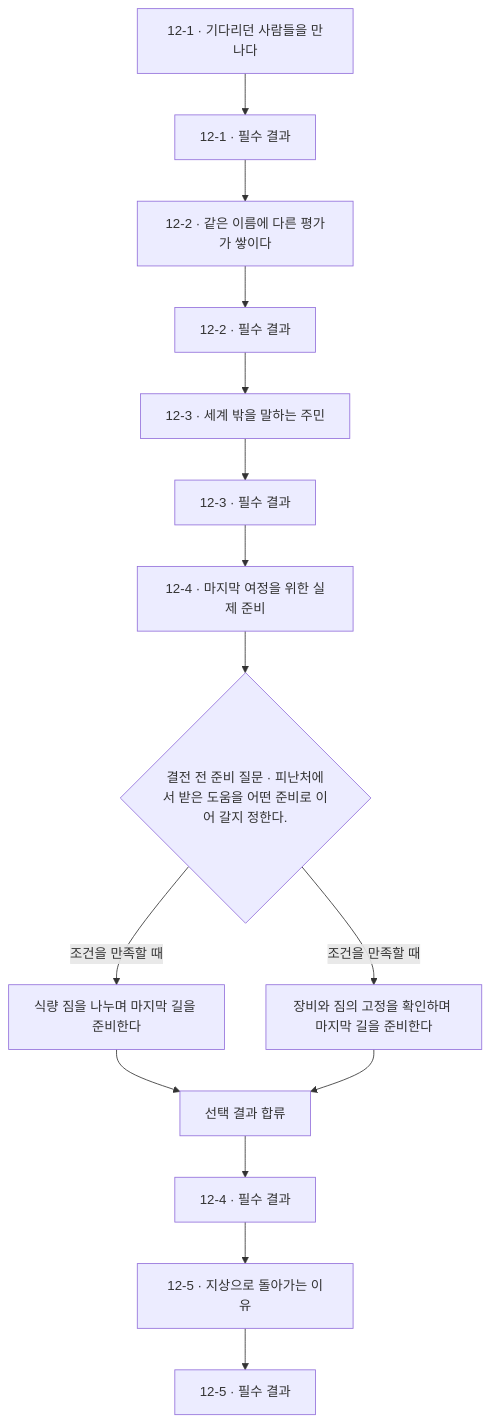
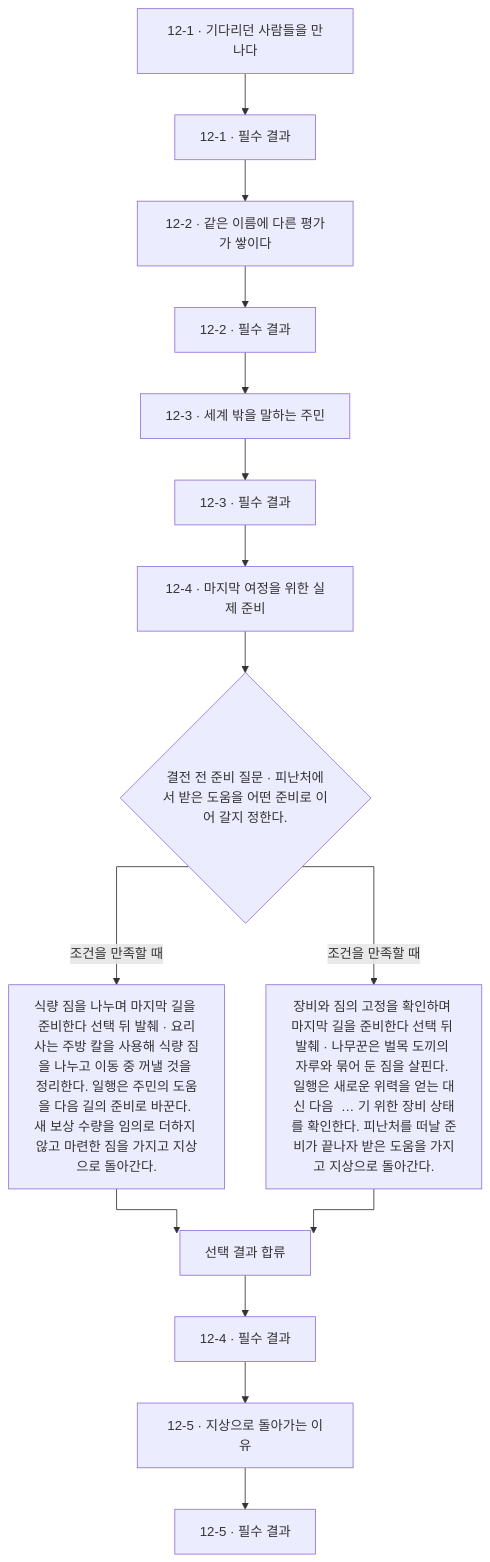
One commit to obmaz/lore changed diagram 14 of 17 in novel/writing/publication/generated/flow.md. Above: the diagram before and after it, drawn with Mermaid. The commit also changed other lines of this file and 20 other files, not shown here.

Commit message:
Show branch outcomes and route graph memory links orthogonally

````diff
--- a/novel/writing/publication/generated/flow.md
+++ b/novel/writing/publication/generated/flow.md
@@ -633,31 +646,32 @@
 ```mermaid
+%%{init: {"flowchart": {"curve": "stepAfter"}}}%%
 flowchart TB
   n7510db77e98e240a["12-1 · 기다리던 사람들을 만나다"]
   n4081f40d2508330f["12-1 · 필수 결과"]
   nee1187108c39bd2c["12-2 · 같은 이름에 다른 평가가 쌓이다"]
   n5ba8051b8a61c0d1["12-2 · 필수 결과"]
   n51cd0a6dc7984f5c["12-3 · 세계 밖을 말하는 주민"]
   n076385c79751f718["12-3 · 필수 결과"]
   n5d2dc2f720d2b6fd["12-4 · 마지막 여정을 위한 실제 준비"]
   n1d7252fff0322319{"결전 전 준비 질문 · 피난처에서 받은 도움을 어떤 준비로 이어 갈지 정한다."}
   ned11be260e50268a["선택 결과 합류"]
-  nadb8d58f44973f43["식량 짐을 나누며 마지막 길을 준비한다"]
-  n469315c81ecd6331["장비와 짐의 고정을 확인하며 마지막 길을 준비한다"]
+  nadb8d58f44973f43["식량 짐을 나누며 마지막 길을 준비한다 선택 뒤 발췌 · 요리사는 주방 칼을 사용해 식량 짐을 나누고 이동 중 꺼낼 것을 정리한다. 일행은 주민의 도움을 다음 길의 준비로 바꾼다. 새 보상 수량을 임의로 더하지 않고 마련한 짐을 가지고 지상으로 돌아간다."]
+  n469315c81ecd6331["장비와 짐의 고정을 확인하며 마지막 길을 준비한다 선택 뒤 발췌 · 나무꾼은 벌목 도끼의 자루와 묶어 둔 짐을 살핀다. 일행은 새로운 위력을 얻는 대신 다음  … 기 위한 장비 상태를 확인한다. 피난처를 떠날 준비가 끝나자 받은 도움을 가지고 지상으로 돌아간다."]
   n4baa35a9fb1c76aa["12-4 · 필수 결과"]
   n52061c33795dd7d8["12-5 · 지상으로 돌아가는 이유"]
   ne55364961450762b["12-5 · 필수 결과"]
   n7510db77e98e240a --> n4081f40d2508330f
   nee1187108c39bd2c --> n5ba8051b8a61c0d1
   n4081f40d2508330f --> nee1187108c39bd2c
   n51cd0a6dc7984f5c --> n076385c79751f718
   n5ba8051b8a61c0d1 --> n51cd0a6dc7984f5c
   n5d2dc2f720d2b6fd --> n1d7252fff0322319
   n1d7252fff0322319 -->|조건을 만족할 때| nadb8d58f44973f43
   nadb8d58f44973f43 --> ned11be260e50268a
   n1d7252fff0322319 -->|조건을 만족할 때| n469315c81ecd6331
   n469315c81ecd6331 --> ned11be260e50268a
   ned11be260e50268a --> n4baa35a9fb1c76aa
   n076385c79751f718 --> n5d2dc2f720d2b6fd
   n52061c33795dd7d8 --> ne55364961450762b
   n4baa35a9fb1c76aa --> n52061c33795dd7d8
 ```
````
